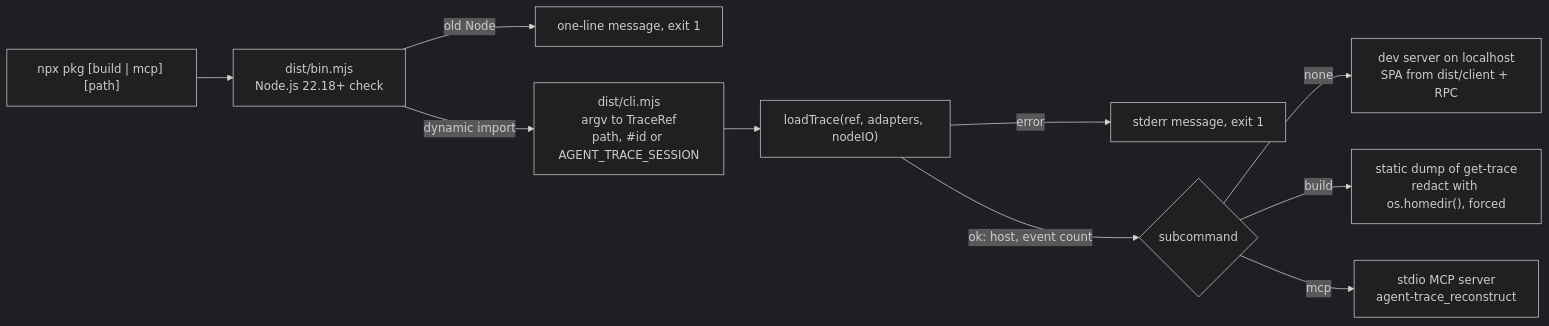
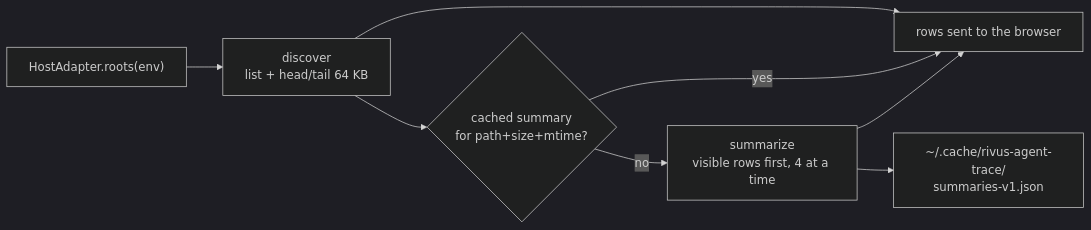
One commit to PerfectPan/estela changed the third of 4 diagrams in docs/plans/0001-external-release.md. Above: the diagram before and after it, drawn with Mermaid (dark theme). The commit also changed other lines of this file and 2 other files, not shown here.

First line of the commit message:
docs: rewrite Spec and Plan 0001 around the DevTools and host protocol

````diff
--- a/docs/plans/0001-external-release.md
+++ b/docs/plans/0001-external-release.md
@@ -134,12 +380,10 @@
 ```mermaid
 flowchart LR
-  user["npx pkg [build | mcp] [path]"] --> bin["dist/bin.mjs<br/>Node.js 22.18+ check"]
-  bin -- "old Node" --> old["one-line message, exit 1"]
-  bin -- "dynamic import" --> cli["dist/cli.mjs<br/>argv to TraceRef<br/>path, #id or AGENT_TRACE_SESSION"]
-  cli --> load["loadTrace(ref, adapters, nodeIO)"]
-  load -- "error" --> fail["stderr message, exit 1"]
-  load -- "ok: host, event count" --> sub{"subcommand"}
-  sub -- "none" --> dev["dev server on localhost<br/>SPA from dist/client + RPC"]
-  sub -- "build" --> build["static dump of get-trace<br/>redact with os.homedir(), forced"]
-  sub -- "mcp" --> mcp["stdio MCP server<br/>agent-trace_reconstruct"]
+  roots["HostAdapter.roots(env)"] --> disc["discover<br/>list + head/tail 64 KB"]
+  disc --> rows["rows sent to the browser"]
+  disc --> q{"cached summary<br/>for path+size+mtime?"}
+  q -- "yes" --> rows
+  q -- "no" --> sum["summarize<br/>visible rows first, 4 at a time"]
+  sum --> cache["~/.cache/rivus-agent-trace/<br/>summaries-v1.json"]
+  sum --> rows
 ```
````
